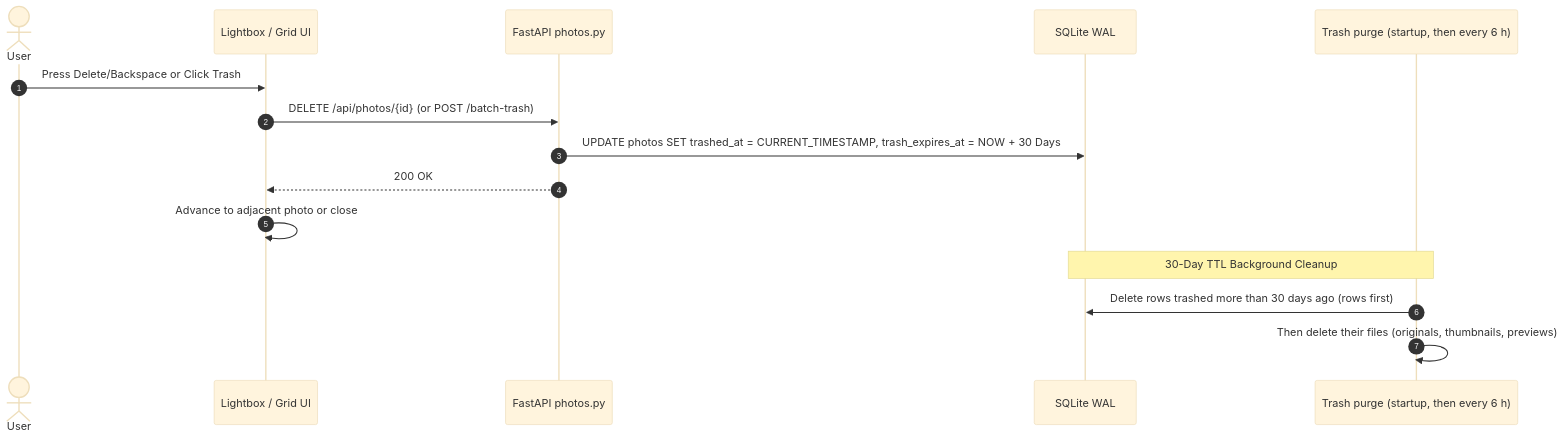
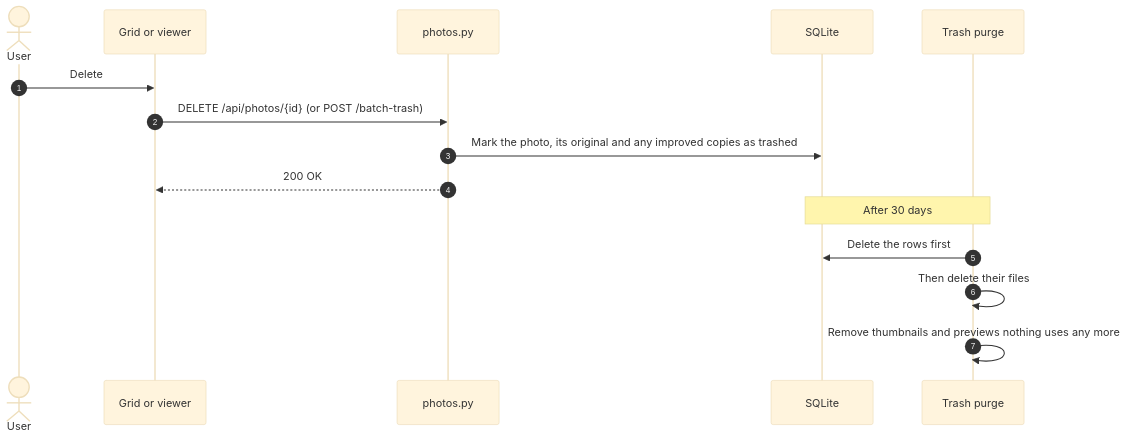
The sixth of 6 diagrams in docs/architecture.md (SumitKanchan4/SecurePhotos), drawn with Mermaid (base theme) before and after one commit. The commit also changed other lines of this file and 10 other files, not shown here.

````diff
--- a/docs/architecture.md
+++ b/docs/architecture.md
@@ -171,19 +192,19 @@
 ```mermaid
 sequenceDiagram
     autonumber
     actor User
-    participant Lightbox as Lightbox / Grid UI
-    participant API as FastAPI photos.py
-    participant DB as SQLite WAL
-    participant Purge as Trash purge (startup, then every 6 h)
+    participant App as Grid or viewer
+    participant API as photos.py
+    participant DB as SQLite
+    participant Purge as Trash purge
 
-    User->>Lightbox: Press Delete/Backspace or Click Trash
-    Lightbox->>API: DELETE /api/photos/{id} (or POST /batch-trash)
-    API->>DB: UPDATE photos SET trashed_at = CURRENT_TIMESTAMP, trash_expires_at = NOW + 30 Days
-    API-->>Lightbox: 200 OK
-    Lightbox->>Lightbox: Advance to adjacent photo or close
+    User->>App: Delete
+    App->>API: DELETE /api/photos/{id} (or POST /batch-trash)
+    API->>DB: Mark the photo, its original and any improved copies as trashed
+    API-->>App: 200 OK
 
-    Note over DB,Purge: 30-Day TTL Background Cleanup
-    Purge->>DB: Delete rows trashed more than 30 days ago (rows first)
-    Purge->>Purge: Then delete their files (originals, thumbnails, previews)
+    Note over DB,Purge: After 30 days
+    Purge->>DB: Delete the rows first
+    Purge->>Purge: Then delete their files
+    Purge->>Purge: Remove thumbnails and previews nothing uses any more
 ```
````
